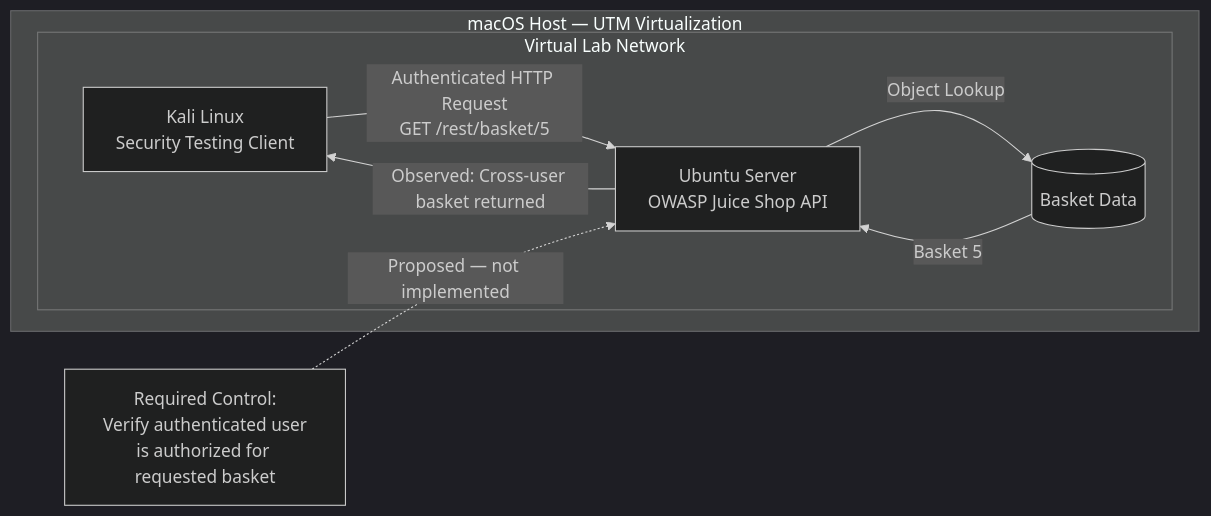
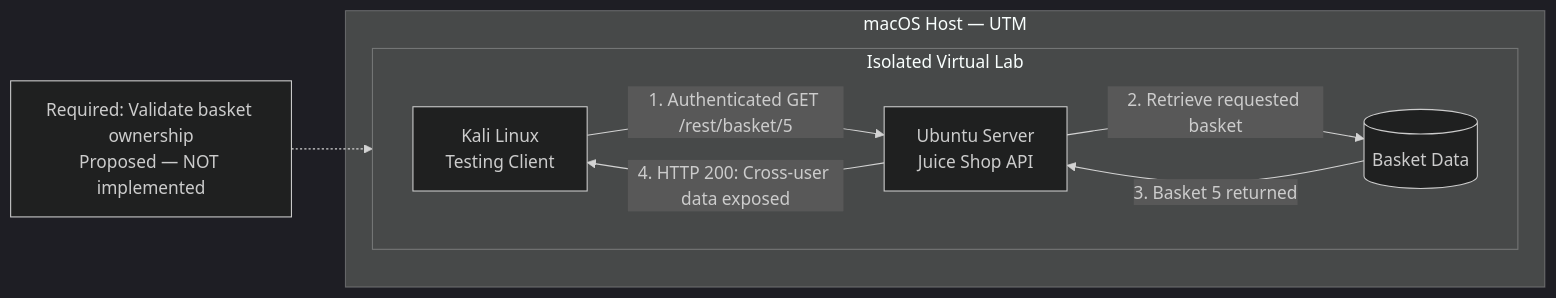
One commit to jupiter888/web-authorization-threat-lab changed the diagram in evidence/documentation/architecture.md. Above: the diagram before and after it, drawn with Mermaid (dark theme).

Commit message:
Clarify authorization attack path in architecture diagram

````diff
--- a/evidence/documentation/architecture.md
+++ b/evidence/documentation/architecture.md
@@ -160,18 +160,19 @@
 ```mermaid
 flowchart LR
-    subgraph HOST["macOS Host — UTM Virtualization"]
-        subgraph LAB["Virtual Lab Network"]
-            K["Kali Linux<br/>Security Testing Client"]
-            J["Ubuntu Server<br/>OWASP Juice Shop API"]
+    subgraph HOST["macOS Host — UTM"]
+        subgraph LAB["Isolated Virtual Lab"]
+            direction LR
+            K["Kali Linux<br/>Testing Client"]
+            J["Ubuntu Server<br/>Juice Shop API"]
             D[("Basket Data")]
         end
     end
 
-    K -->|"Authenticated HTTP Request<br/>GET /rest/basket/5"| J
-    J -->|"Object Lookup"| D
-    D -->|"Basket 5"| J
-    J -->|"Observed: Cross-user basket returned"| K
+    K -->|"1. Authenticated GET /rest/basket/5"| J
+    J -->|"2. Retrieve requested basket"| D
+    D -->|"3. Basket 5 returned"| J
+    J -->|"4. HTTP 200: Cross-user data exposed"| K
 
-    A["Required Control:<br/>Verify authenticated user<br/>is authorized for requested basket"]
-    A -.->|"Proposed — not implemented"| J
+    C["Required: Validate basket ownership<br/>Proposed — NOT implemented"]
+    C -.-> J
 ```
````
